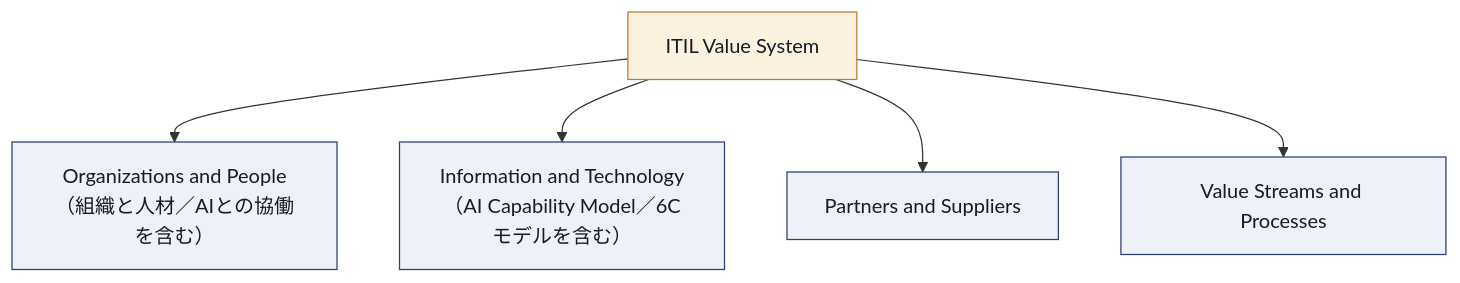
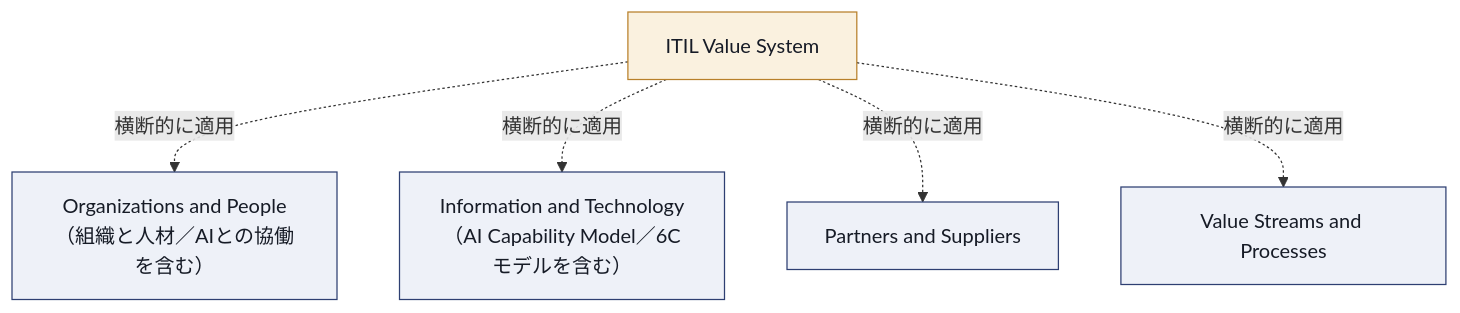
One commit to myoshi2891/Management-Team-Building-Studies changed the second of 9 diagrams in Itil-managing-professional-transition-v5-guide.md. Above: the diagram before and after it, drawn with Mermaid. The commit also changed other lines of this file and 1 other file, not shown here.

Commit message:
docs(itil): update recertification requirements and refine ITIL VS diagram and wording

````diff
--- a/Itil-managing-professional-transition-v5-guide.md
+++ b/Itil-managing-professional-transition-v5-guide.md
@@ -167,13 +167,18 @@
 ```mermaid
 flowchart TB
     Center["ITIL Value System"]
-    Center --> D1["Organizations and People<br/>（組織と人材／AIとの協働を含む）"]
-    Center --> D2["Information and Technology<br/>（AI Capability Model／6Cモデルを含む）"]
-    Center --> D3["Partners and Suppliers"]
-    Center --> D4["Value Streams and Processes"]
+    D1["Organizations and People<br/>（組織と人材／AIとの協働を含む）"]
+    D2["Information and Technology<br/>（AI Capability Model／6Cモデルを含む）"]
+    D3["Partners and Suppliers"]
+    D4["Value Streams and Processes"]
+
+    Center -.横断的に適用.-> D1
+    Center -.横断的に適用.-> D2
+    Center -.横断的に適用.-> D3
+    Center -.横断的に適用.-> D4
 
     classDef box fill:#EEF1F8,stroke:#2E3F72,color:#161B26
     classDef hub fill:#FAF1DF,stroke:#B8802A,color:#161B26
     class Center hub
     class D1,D2,D3,D4 box
 ```
````
